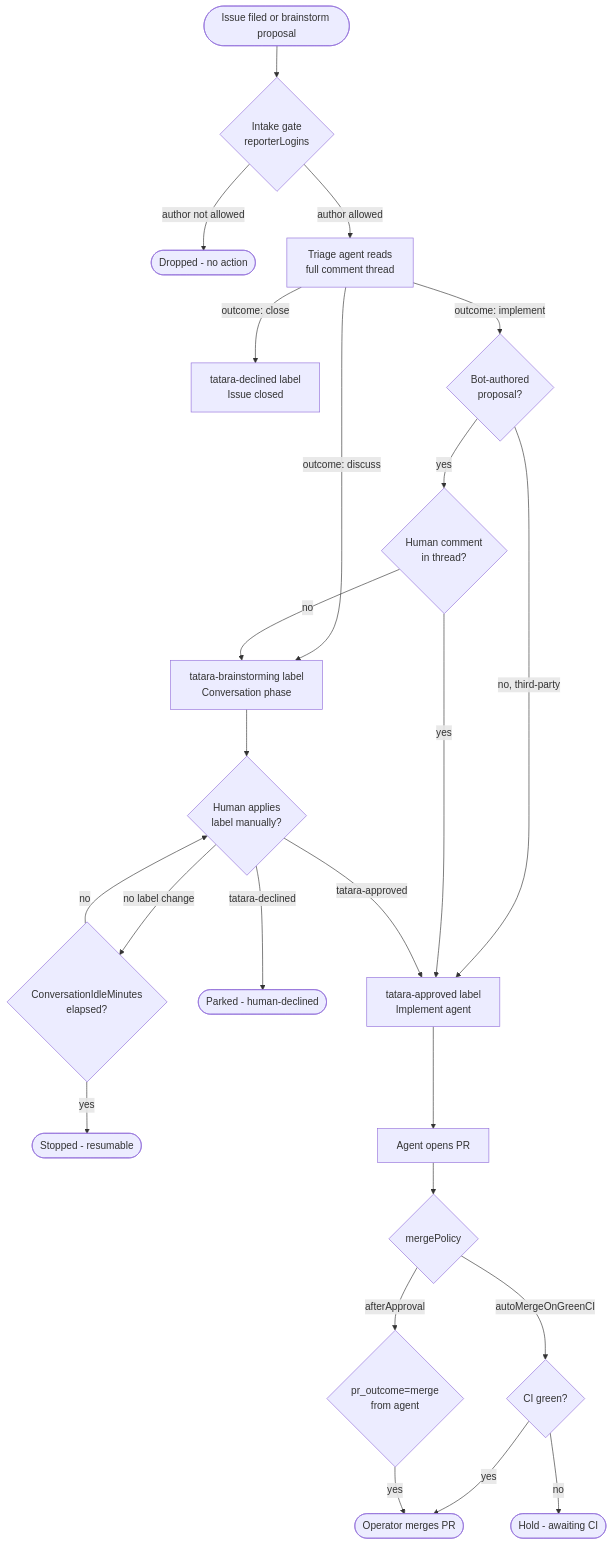
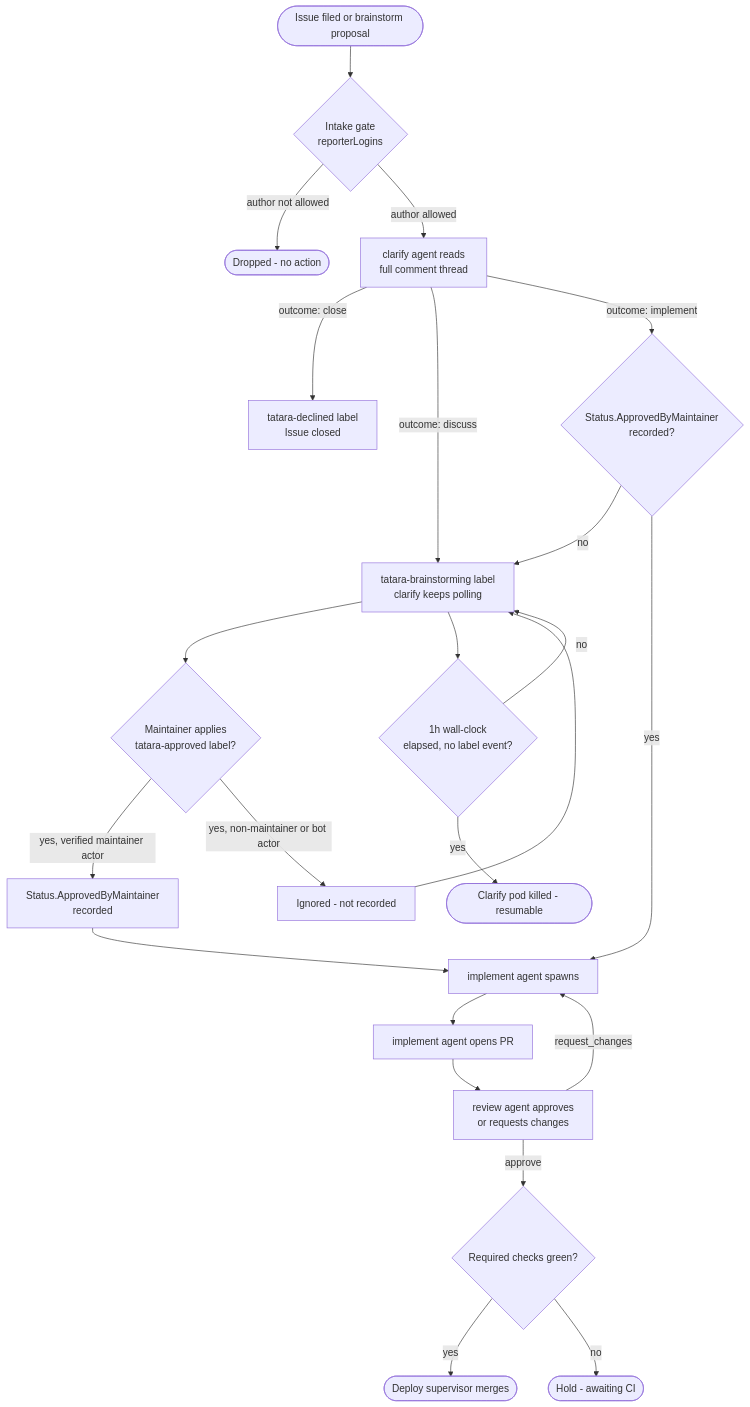
Before and after one commit to szymonrychu/tatara-documentation: the second of 2 diagrams in docs/operations/security/approval-gates.md, drawn with Mermaid. The commit also changed other lines of this file and 39 other files, not shown here.

````diff
--- a/docs/operations/security/approval-gates.md
+++ b/docs/operations/security/approval-gates.md
@@ -241,26 +293,25 @@
 ```mermaid
 flowchart TD
     A([Issue filed or brainstorm proposal]) --> B{Intake gate\nreporterLogins}
     B -- author not allowed --> Z1([Dropped - no action])
-    B -- author allowed --> C[Triage agent reads\nfull comment thread]
+    B -- author allowed --> C[clarify agent reads\nfull comment thread]
     C -- outcome: close --> D[tatara-declined label\nIssue closed]
-    C -- outcome: discuss --> E[tatara-brainstorming label\nConversation phase]
-    C -- outcome: implement --> F{Bot-authored\nproposal?}
-    F -- no, third-party --> G[tatara-approved label\nImplement agent]
-    F -- yes --> H{Human comment\nin thread?}
-    H -- no --> E
-    H -- yes --> G
-    E --> I{Human applies\nlabel manually?}
-    I -- tatara-approved --> G
-    I -- tatara-declined --> Z2([Parked - human-declined])
-    I -- no label change --> J{ConversationIdleMinutes\nelapsed?}
-    J -- yes --> Z3([Stopped - resumable])
-    J -- no --> I
-    G --> K[Agent opens PR]
-    K --> L{mergePolicy}
-    L -- afterApproval --> M{pr_outcome=merge\nfrom agent}
-    L -- autoMergeOnGreenCI --> N{CI green?}
-    N -- yes --> O([Operator merges PR])
-    N -- no --> P([Hold - awaiting CI])
-    M -- yes --> O
+    C -- outcome: discuss --> E[tatara-brainstorming label\nclarify keeps polling]
+    C -- outcome: implement --> F{Status.ApprovedByMaintainer\nrecorded?}
+    F -- no --> E
+    F -- yes --> G[implement agent spawns]
+    E --> I{Maintainer applies\ntatara-approved label?}
+    I -- yes, verified maintainer actor --> J[Status.ApprovedByMaintainer\nrecorded]
+    I -- yes, non-maintainer or bot actor --> K[Ignored - not recorded]
+    K --> E
+    J --> G
+    E --> L{1h wall-clock\nelapsed, no label event?}
+    L -- yes --> M([Clarify pod killed - resumable])
+    L -- no --> E
+    G --> N[implement agent opens PR]
+    N --> O[review agent approves\nor requests changes]
+    O -- approve --> P{Required checks green?}
+    O -- request_changes --> G
+    P -- yes --> Q([Deploy supervisor merges])
+    P -- no --> R([Hold - awaiting CI])
 ```
````
